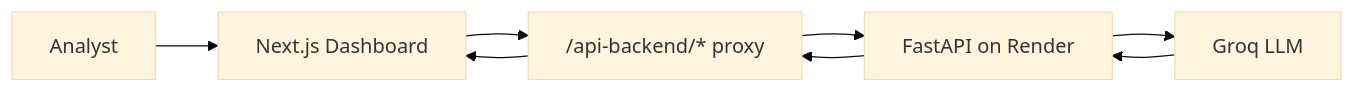
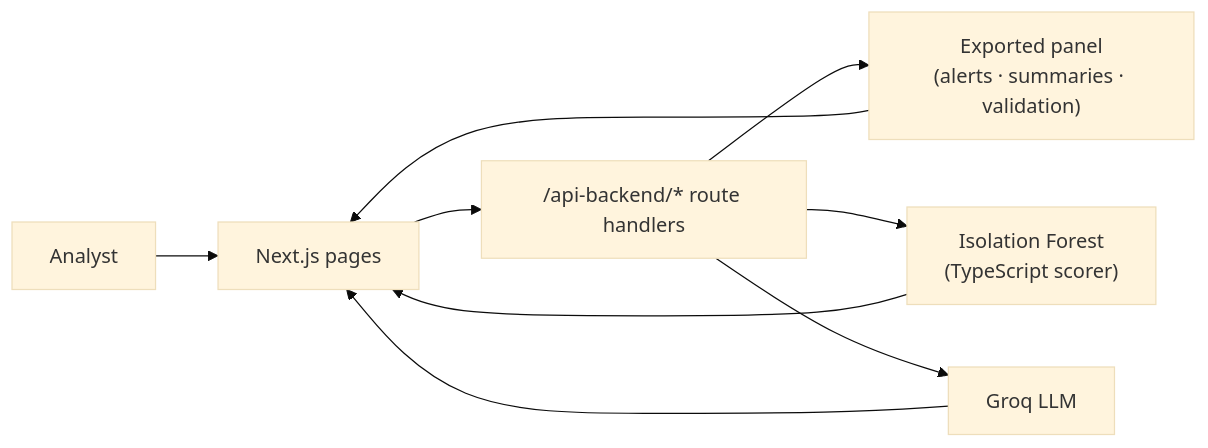
One commit to sidnei-almeida/corporate-signal-intelligence-dashboard changed the diagram in README.md. Above: the diagram before and after it, drawn with Mermaid (base theme). The commit also changed other lines of this file and 47 other files, not shown here.

First line of the commit message:
Move the API and model inference into the dashboard

````diff
--- a/README.md
+++ b/README.md
@@ -52,13 +50,14 @@
 ```mermaid
 flowchart LR
   USER[Analyst]
-  DASH[Next.js Dashboard]
-  PROXY["/api-backend/* proxy"]
-  API[FastAPI on Render]
+  DASH["Next.js pages"]
+  ROUTES["/api-backend/* route handlers"]
+  PANEL["Exported panel<br/>(alerts · summaries · validation)"]
+  FOREST["Isolation Forest<br/>(TypeScript scorer)"]
   GROQ[Groq LLM]
 
-  USER --> DASH
-  DASH --> PROXY --> API
-  API --> GROQ
-  GROQ --> API --> PROXY --> DASH
+  USER --> DASH --> ROUTES
+  ROUTES --> PANEL --> DASH
+  ROUTES --> FOREST --> DASH
+  ROUTES --> GROQ --> DASH
 ```
````
